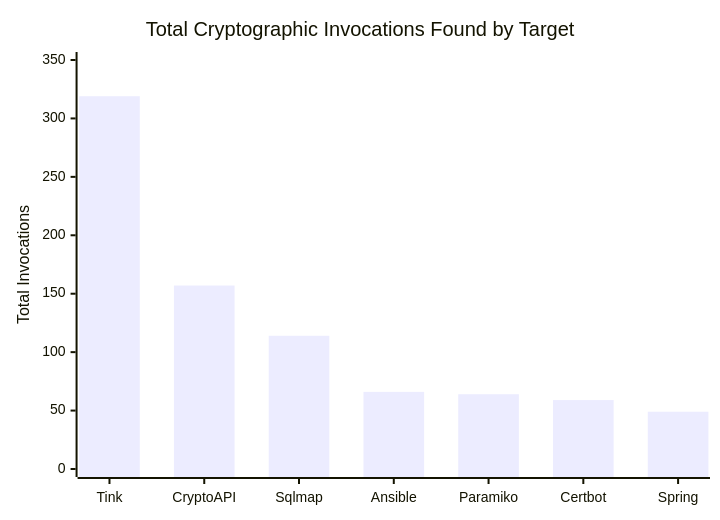
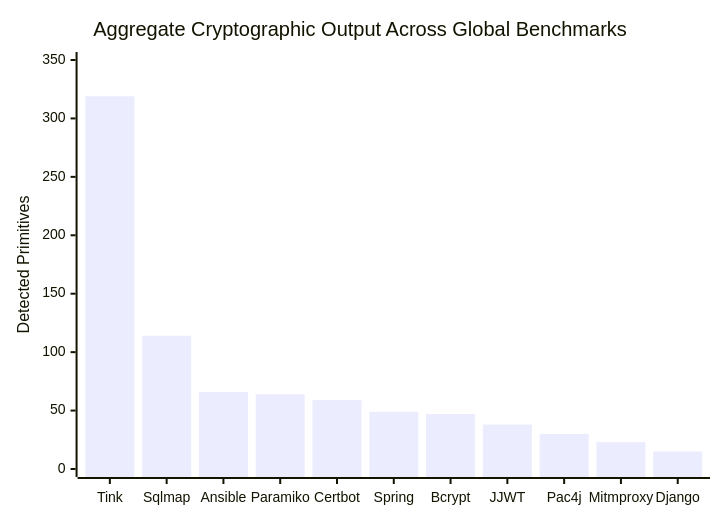
One commit to AviDhandhania/IDP-Project changed the second of 4 diagrams in docs/reports/Review_3_Final_Report.md. Above: the diagram before and after it, drawn with Mermaid. The commit also changed other lines of this file and 1 other file, not shown here.

Commit message:
Add tables, charts, and appendices to Review 3 report

````diff
--- a/docs/reports/Review_3_Final_Report.md
+++ b/docs/reports/Review_3_Final_Report.md
@@ -131,7 +209,7 @@
 ```mermaid
 xychart-beta
-    title "Total Cryptographic Invocations Found by Target"
-    x-axis ["Tink", "CryptoAPI", "Sqlmap", "Ansible", "Paramiko", "Certbot", "Spring"]
-    y-axis "Total Invocations" 0 --> 350
-    bar [319, 157, 114, 66, 64, 59, 49]
+    title "Aggregate Cryptographic Output Across Global Benchmarks"
+    x-axis ["Tink", "Sqlmap", "Ansible", "Paramiko", "Certbot", "Spring", "Bcrypt", "JJWT", "Pac4j", "Mitmproxy", "Django"]
+    y-axis "Detected Primitives" 0 --> 350
+    bar [319, 114, 66, 64, 59, 49, 47, 38, 30, 23, 15]
 ```
````
